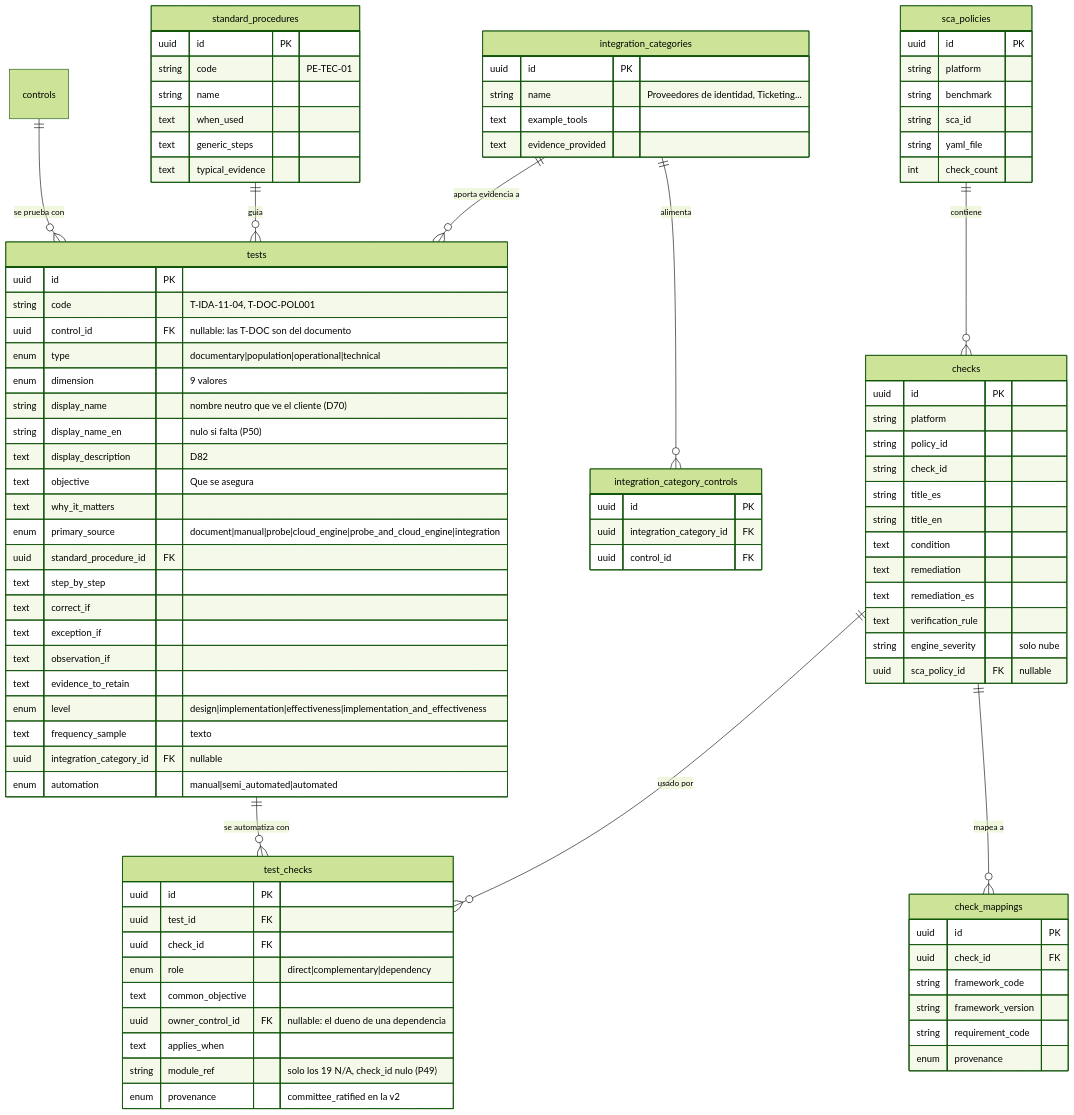
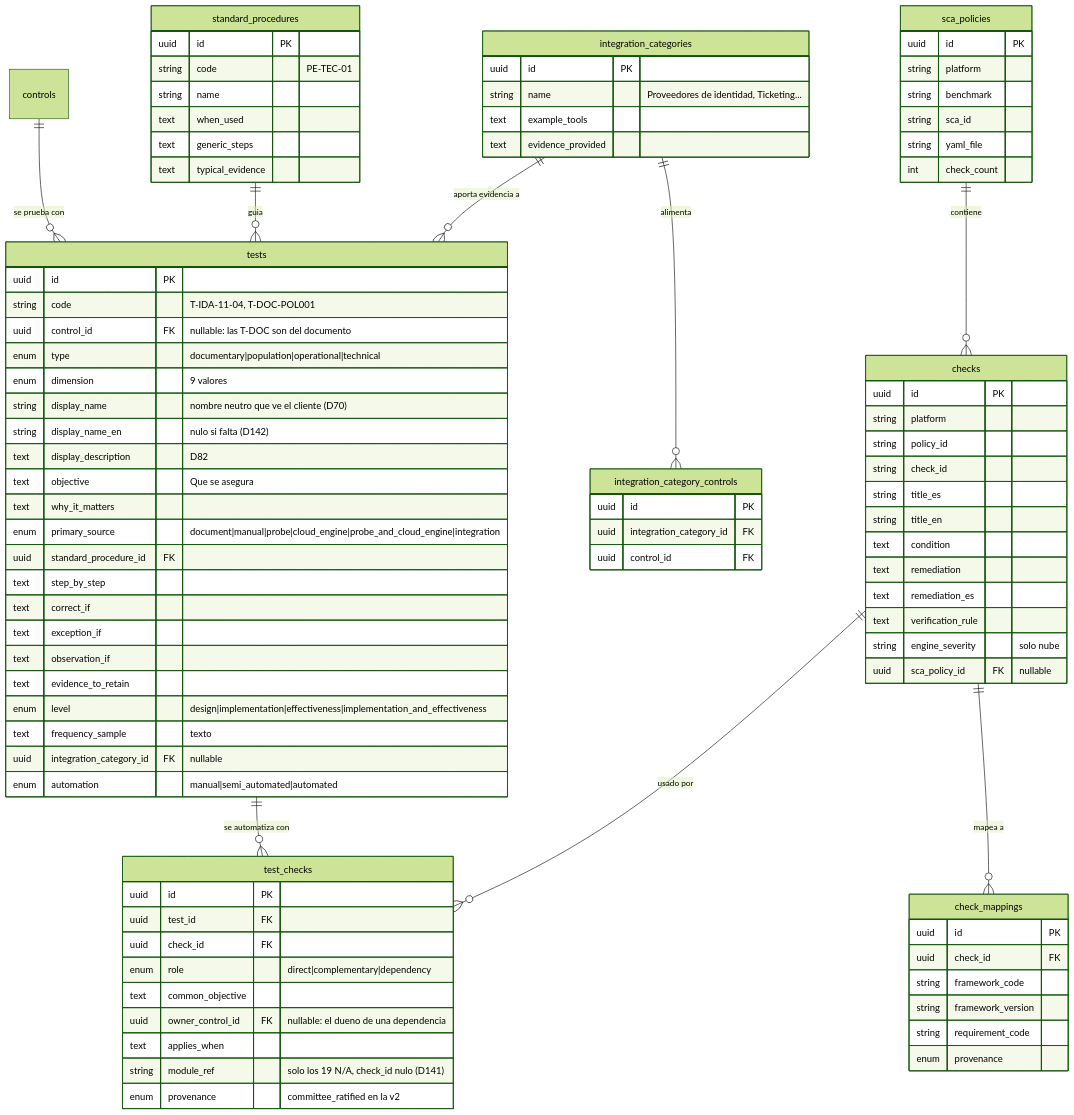
Before and after one commit to Monkey-GRC/Monkey-Brain-IA: the third of 5 diagrams in skills/product/monkey-compliance-council/references/datos/modelo/03-catalogo-maestro.md, drawn with Mermaid (forest theme). The commit also changed other lines of this file and 53 other files, not shown here.

```diff
--- a/skills/product/monkey-compliance-council/references/datos/modelo/03-catalogo-maestro.md
+++ b/skills/product/monkey-compliance-council/references/datos/modelo/03-catalogo-maestro.md
@@ -169,7 +169,7 @@
         enum type "documentary|population|operational|technical"
         enum dimension "9 valores"
         string display_name "nombre neutro que ve el cliente (D70)"
-        string display_name_en "nulo si falta (P50)"
+        string display_name_en "nulo si falta (D142)"
         text display_description "D82"
         text objective "Que se asegura"
         text why_it_matters
@@ -226,7 +226,7 @@
         text common_objective
         uuid owner_control_id FK "nullable: el dueno de una dependencia"
         text applies_when
-        string module_ref "solo los 19 N/A, check_id nulo (P49)"
+        string module_ref "solo los 19 N/A, check_id nulo (D141)"
         enum provenance "committee_ratified en la v2"
     }
     check_mappings {
```
